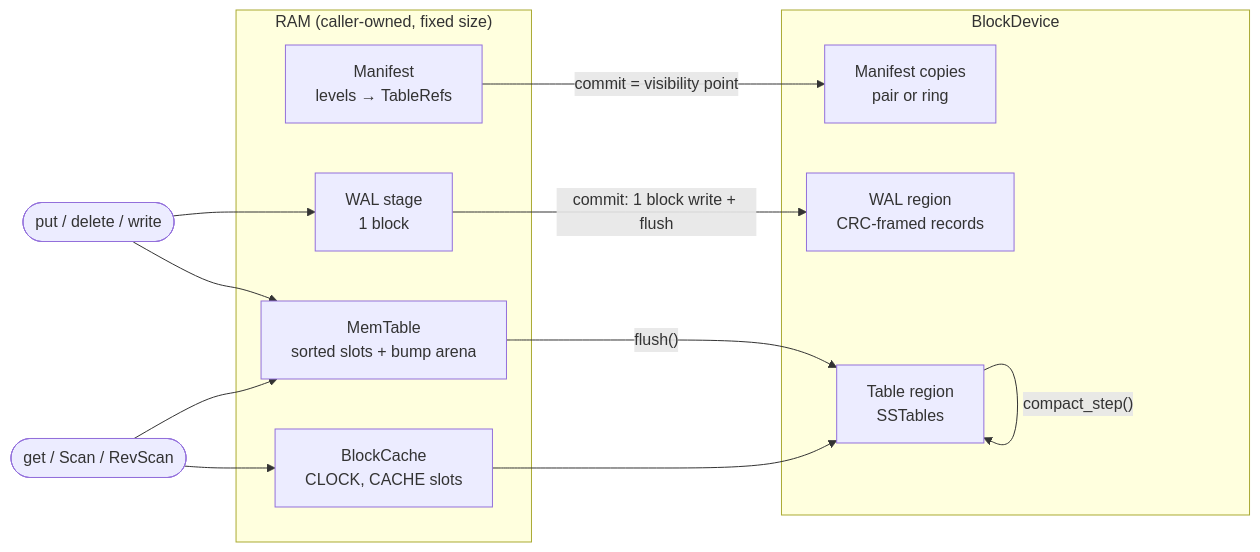
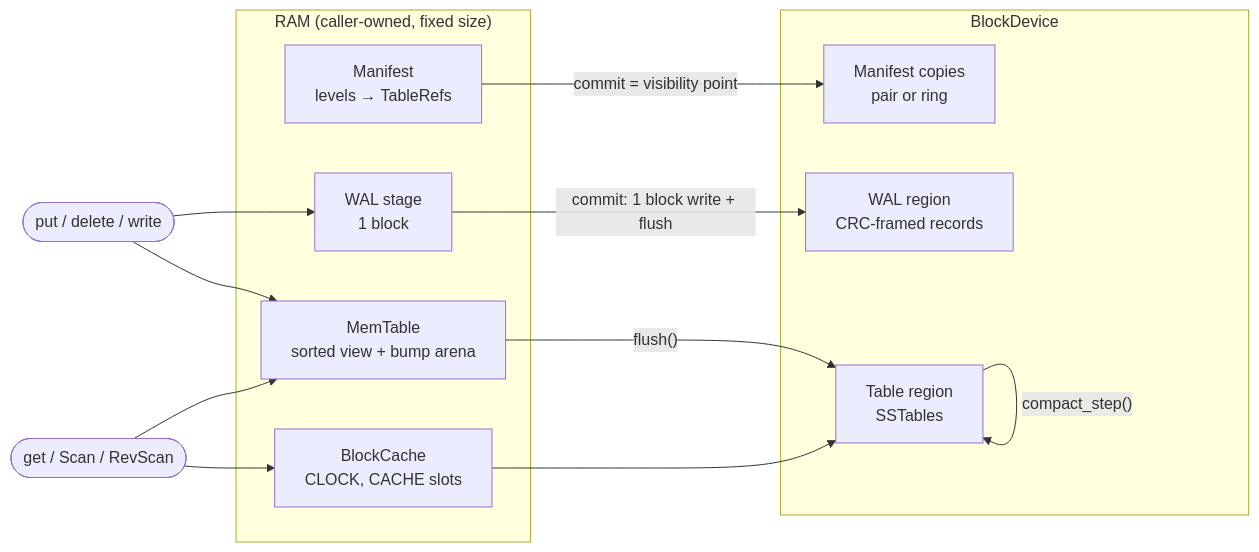
The diagram in README.md (madmax983/horton), drawn with Mermaid before and after one commit. The commit also changed other lines of this file and 18 other files, not shown here.

````diff
--- a/README.md
+++ b/README.md
@@ -337,21 +337,21 @@
 ```mermaid
 flowchart LR
     subgraph RAM["RAM (caller-owned, fixed size)"]
-        MT["MemTable<br/>sorted slots + bump arena"]
+        MT["MemTable<br/>sorted view + bump arena"]
         WS["WAL stage<br/>1 block"]
         MF["Manifest<br/>levels → TableRefs"]
         BC["BlockCache<br/>CLOCK, CACHE slots"]
     end
     subgraph DEV["BlockDevice"]
         MS["Manifest copies<br/>pair or ring"]
         WAL["WAL region<br/>CRC-framed records"]
         TBL["Table region<br/>SSTables"]
     end
     W(["put / delete / write"]) --> WS -->|"commit: 1 block write + flush"| WAL
     W --> MT
     MT -->|"flush()"| TBL
     TBL -->|"compact_step()"| TBL
     MF -->|"commit = visibility point"| MS
     R(["get / Scan / RevScan"]) --> MT
     R --> BC --> TBL
 ```
````
